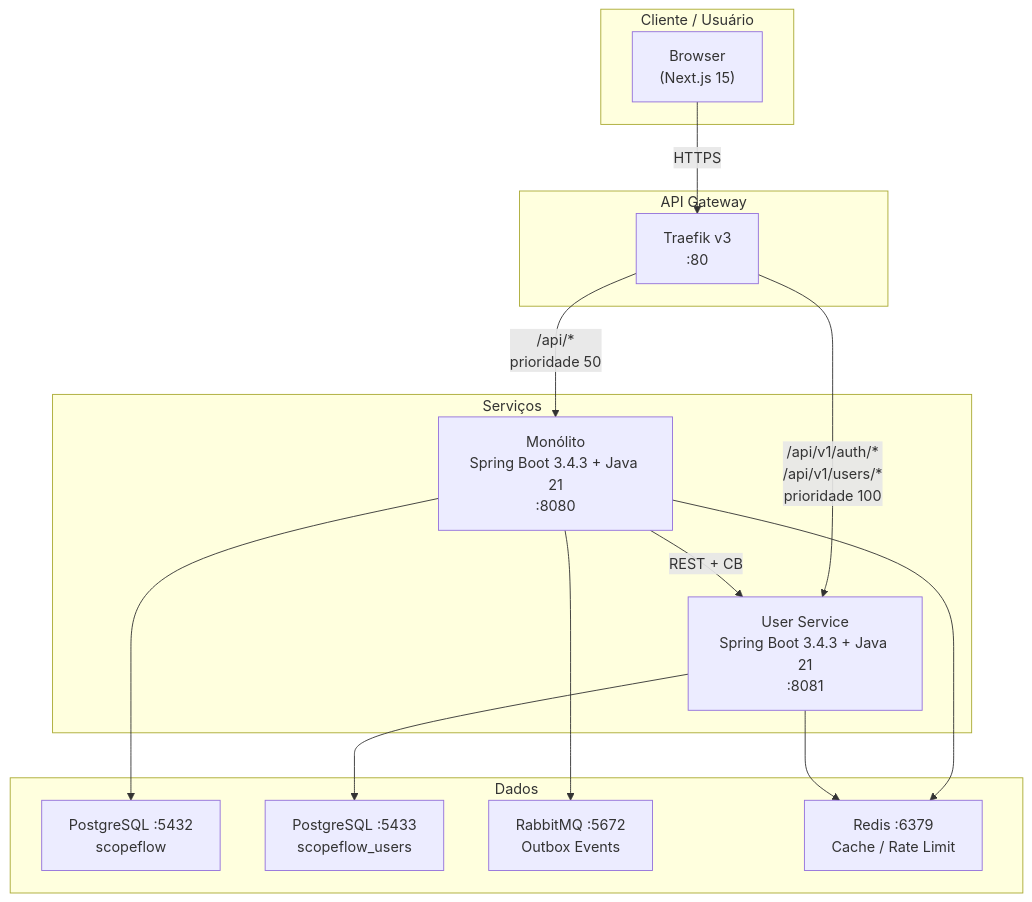
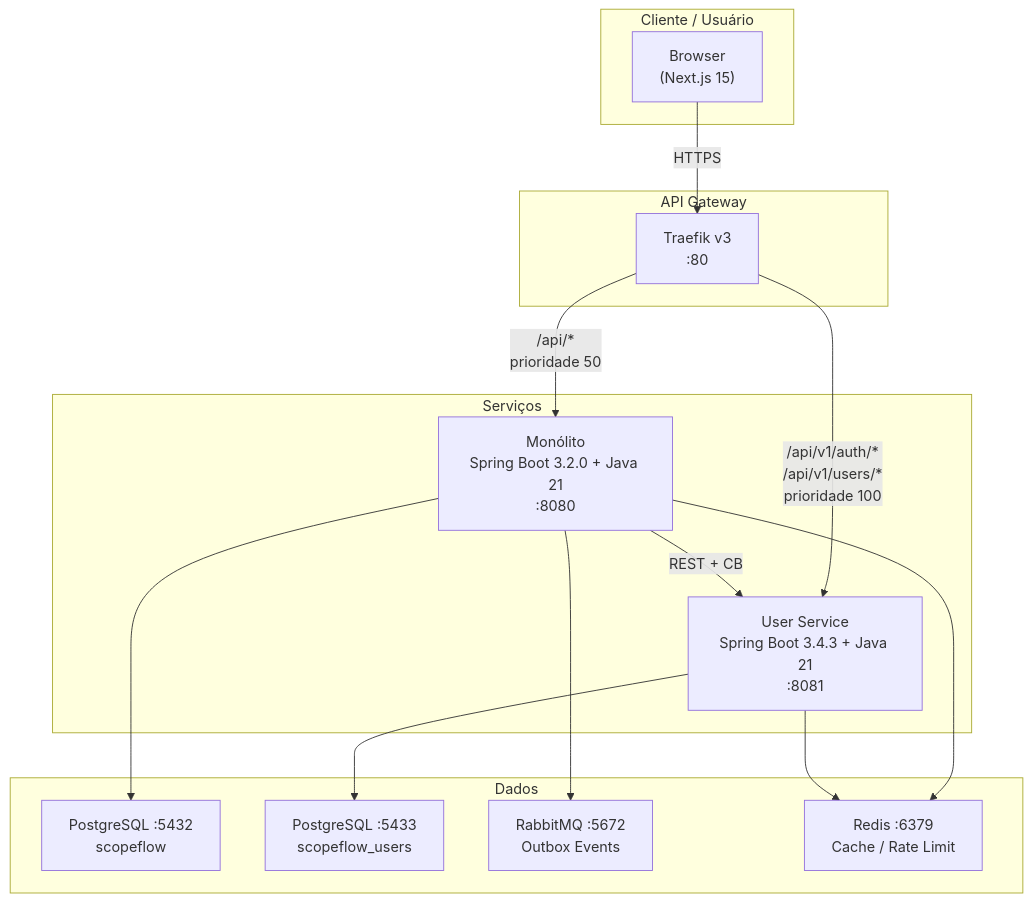
One commit to queirozmarcus/projeto-service-b2b changed the first of 5 diagrams in README.md. Above: the diagram before and after it, drawn with Mermaid. The commit also changed other lines of this file and 3 other files, not shown here.

````diff
--- a/README.md
+++ b/README.md
@@ -54,32 +54,32 @@
 ```mermaid
 graph TB
     subgraph client["Cliente / Usuário"]
         browser["Browser\n(Next.js 15)"]
     end
 
     subgraph gateway["API Gateway"]
         traefik["Traefik v3\n:80"]
     end
 
     subgraph services["Serviços"]
-        monolith["Monólito\nSpring Boot 3.4.3 + Java 21\n:8080"]
+        monolith["Monólito\nSpring Boot 3.2.0 + Java 21\n:8080"]
         userservice["User Service\nSpring Boot 3.4.3 + Java 21\n:8081"]
     end
 
     subgraph data["Dados"]
         pgmono["PostgreSQL :5432\nscopeflow"]
         pguser["PostgreSQL :5433\nscopeflow_users"]
         rabbit["RabbitMQ :5672\nOutbox Events"]
         redis["Redis :6379\nCache / Rate Limit"]
     end
 
     browser -->|HTTPS| traefik
     traefik -->|"/api/v1/auth/*\n/api/v1/users/*\nprioridade 100"| userservice
     traefik -->|"/api/*\nprioridade 50"| monolith
     monolith --> pgmono
     monolith --> rabbit
     monolith --> redis
     monolith -->|"REST + CB"| userservice
     userservice --> pguser
     userservice --> redis
 ```
````
